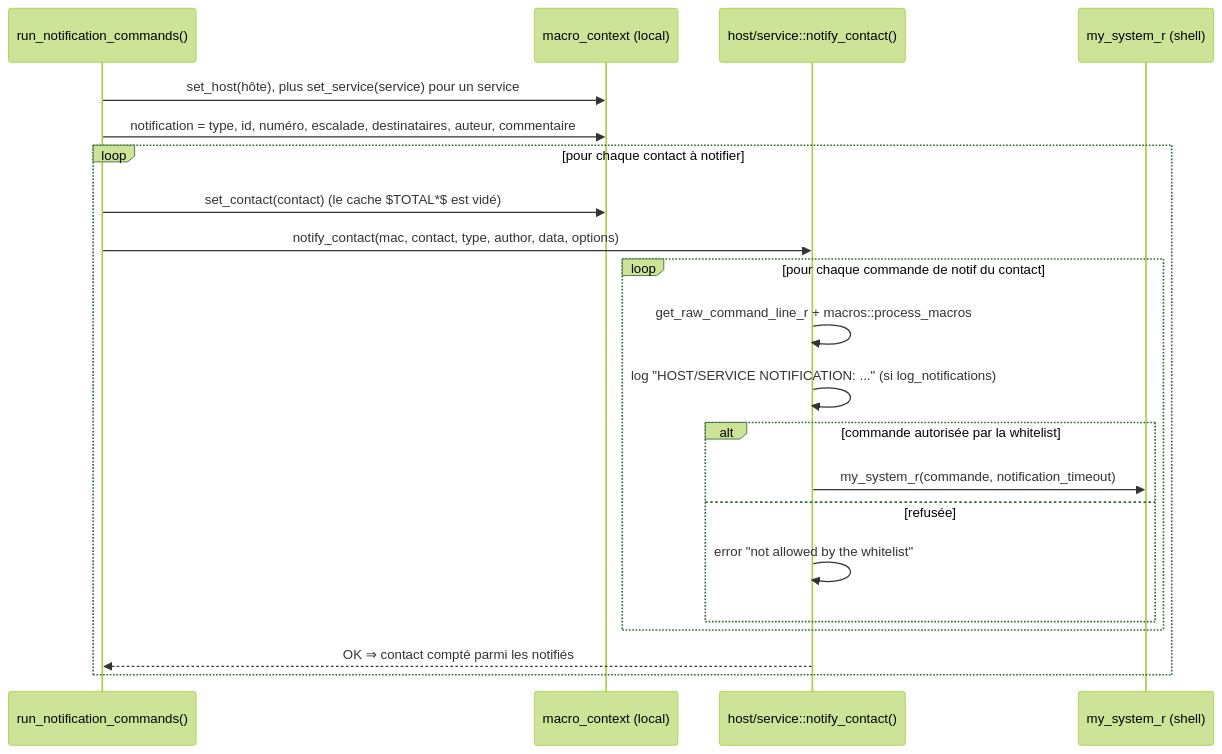
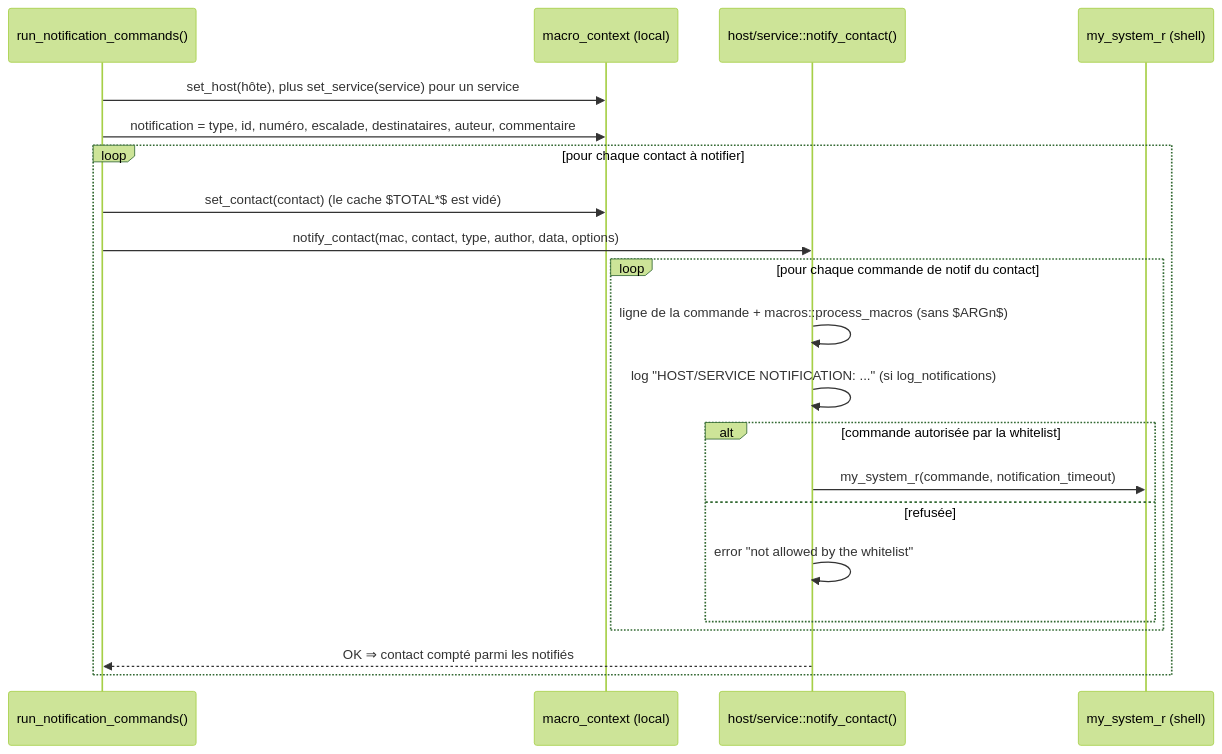
One commit to centreon/centreon-collect changed the second of 14 diagrams in doc/notifications-fr.md. Above: the diagram before and after it, drawn with Mermaid (forest theme). The commit also changed 3 other files, not shown here.

````diff
--- a/doc/notifications-fr.md
+++ b/doc/notifications-fr.md
@@ -142,24 +142,24 @@
 ```mermaid
 sequenceDiagram
     participant R as run_notification_commands()
     participant M as macro_context (local)
     participant NC as host/service::notify_contact()
     participant SH as my_system_r (shell)
 
     R->>M: set_host(hôte), plus set_service(service) pour un service
     R->>M: notification = type, id, numéro, escalade, destinataires, auteur, commentaire
     loop pour chaque contact à notifier
         R->>M: set_contact(contact) (le cache $TOTAL*$ est vidé)
         R->>NC: notify_contact(mac, contact, type, author, data, options)
         loop pour chaque commande de notif du contact
-            NC->>NC: get_raw_command_line_r + macros::process_macros
+            NC->>NC: ligne de la commande + macros::process_macros (sans $ARGn$)
             NC->>NC: log "HOST/SERVICE NOTIFICATION: ..." (si log_notifications)
             alt commande autorisée par la whitelist
                 NC->>SH: my_system_r(commande, notification_timeout)
             else refusée
                 NC->>NC: error "not allowed by the whitelist"
             end
         end
         NC-->>R: OK ⇒ contact compté parmi les notifiés
     end
 ```
````
